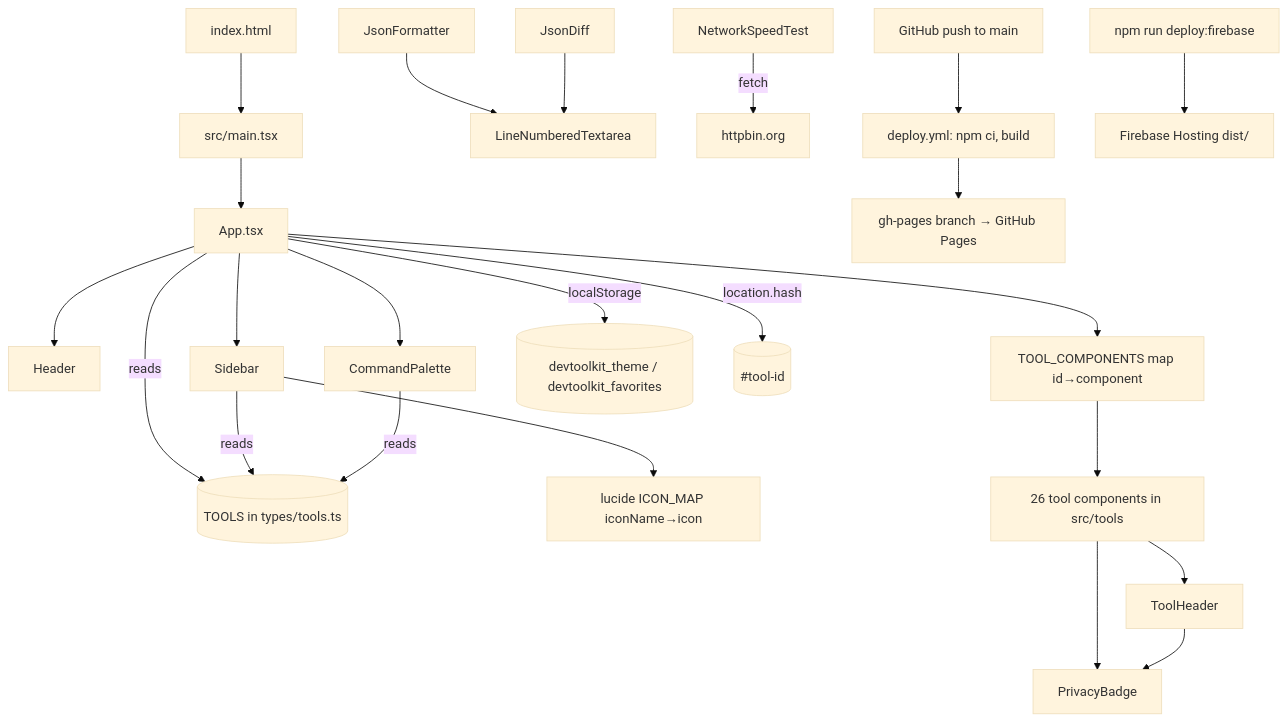
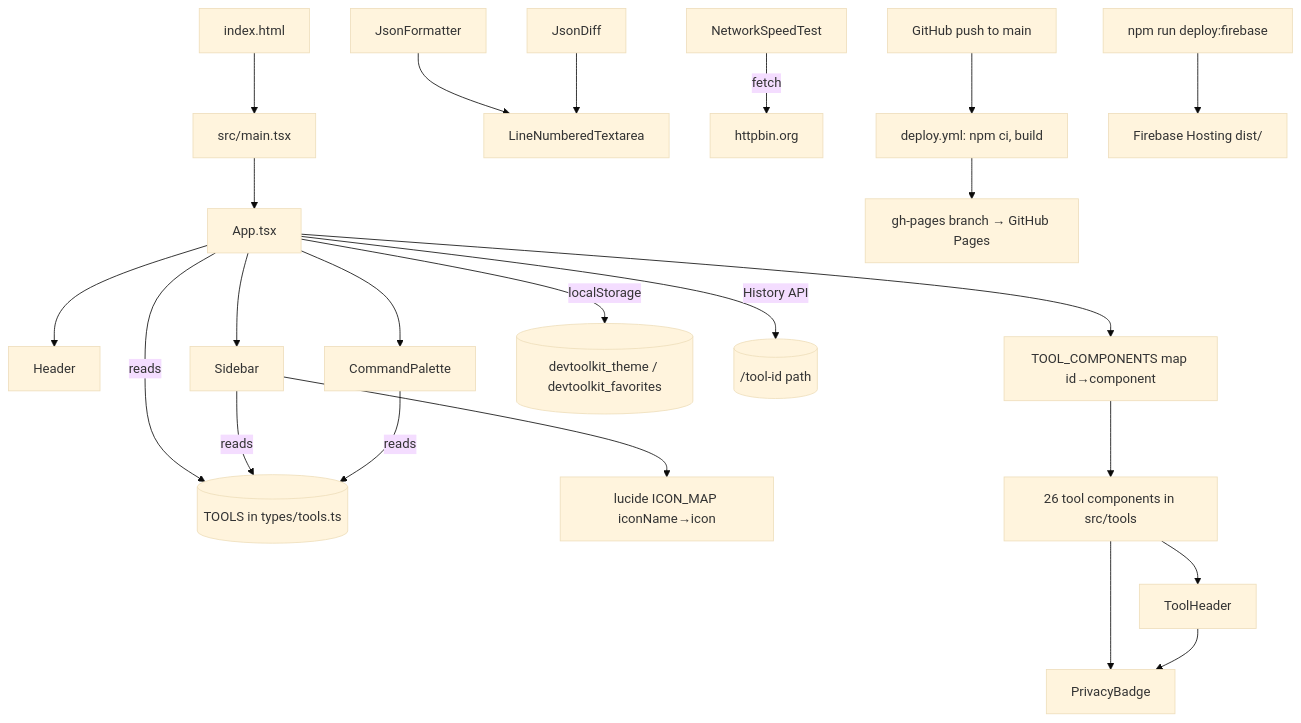
One commit to Gudivaka/dev-tools changed the diagram in docs/KNOWLEDGE_GRAPH.md. Above: the diagram before and after it, drawn with Mermaid (base theme). The commit also changed other lines of this file and 9 other files, not shown here.

````diff
--- a/docs/KNOWLEDGE_GRAPH.md
+++ b/docs/KNOWLEDGE_GRAPH.md
@@ -7,24 +7,24 @@
 ```mermaid
 graph TD
   index[index.html] --> main[src/main.tsx]
   main --> App[App.tsx]
   App --> Header
   App --> Sidebar
   App --> CommandPalette
   App --> TC[TOOL_COMPONENTS map id→component]
   App -- reads --> TOOLS[(TOOLS in types/tools.ts)]
   Sidebar -- reads --> TOOLS
   CommandPalette -- reads --> TOOLS
   Sidebar --> ICON_MAP[lucide ICON_MAP iconName→icon]
   TC --> T[26 tool components in src/tools]
   T --> ToolHeader
   T --> PrivacyBadge
   ToolHeader --> PrivacyBadge
   JsonFormatter --> LNT[LineNumberedTextarea]
   JsonDiff --> LNT
   App -- localStorage --> LS[(devtoolkit_theme / devtoolkit_favorites)]
-  App -- location.hash --> URL[(#tool-id)]
+  App -- History API --> URL[(/tool-id path)]
   NetworkSpeedTest -- fetch --> httpbin[httpbin.org]
   GH[GitHub push to main] --> CI[deploy.yml: npm ci, build] --> Pages[gh-pages branch → GitHub Pages]
   Dev[npm run deploy:firebase] --> FB[Firebase Hosting dist/]
 ```
````
